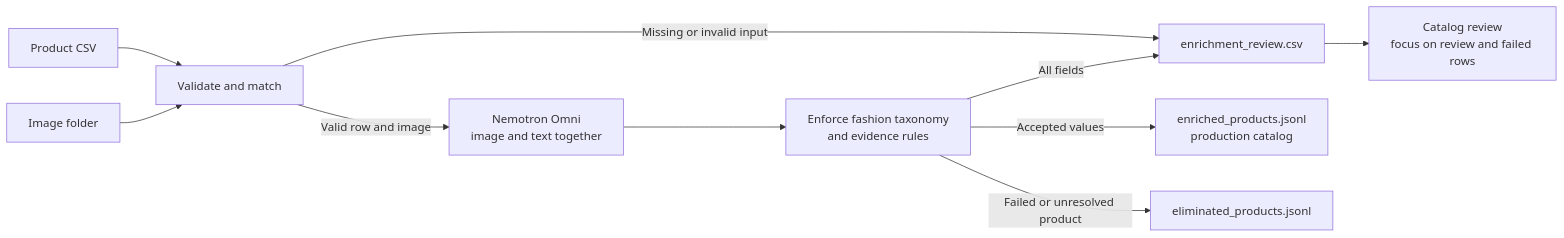
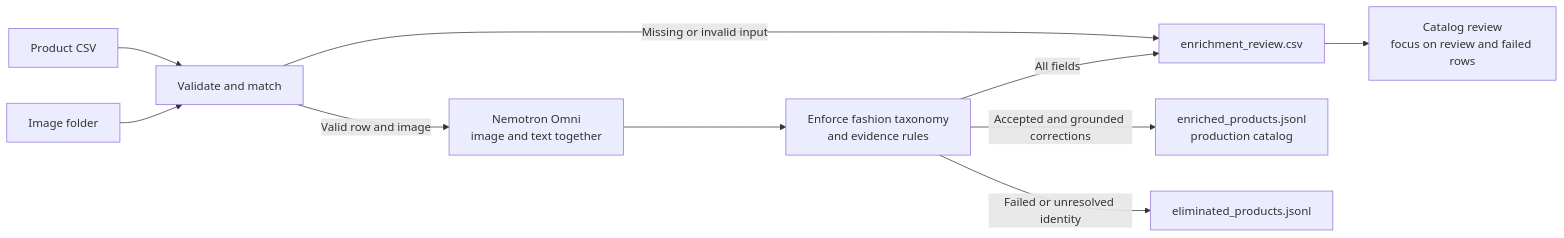
Before and after one commit to rkharwar-nv/Retail-Catalog-Enrichment: the diagram in docs/FASHION_ENRICHMENT.md, drawn with Mermaid. The commit also changed other lines of this file and 4 other files, not shown here.

Commit message:
Publish grounded fashion corrections

````diff
--- a/docs/FASHION_ENRICHMENT.md
+++ b/docs/FASHION_ENRICHMENT.md
@@ -11,15 +11,15 @@
 ```mermaid
 flowchart LR
     CSV[Product CSV] --> V[Validate and match]
     IMG[Image folder] --> V
 
     V -->|Valid row and image| O[Nemotron Omni<br/>image and text together]
     V -->|Missing or invalid input| R[enrichment_review.csv]
 
     O --> T[Enforce fashion taxonomy<br/>and evidence rules]
-    T -->|Accepted values| C[enriched_products.jsonl<br/>production catalog]
-    T -->|Failed or unresolved product| E[eliminated_products.jsonl]
+    T -->|Accepted and grounded corrections| C[enriched_products.jsonl<br/>production catalog]
+    T -->|Failed or unresolved identity| E[eliminated_products.jsonl]
     T -->|All fields| R
 
     R --> H[Catalog review<br/>focus on review and failed rows]
 ```
````
